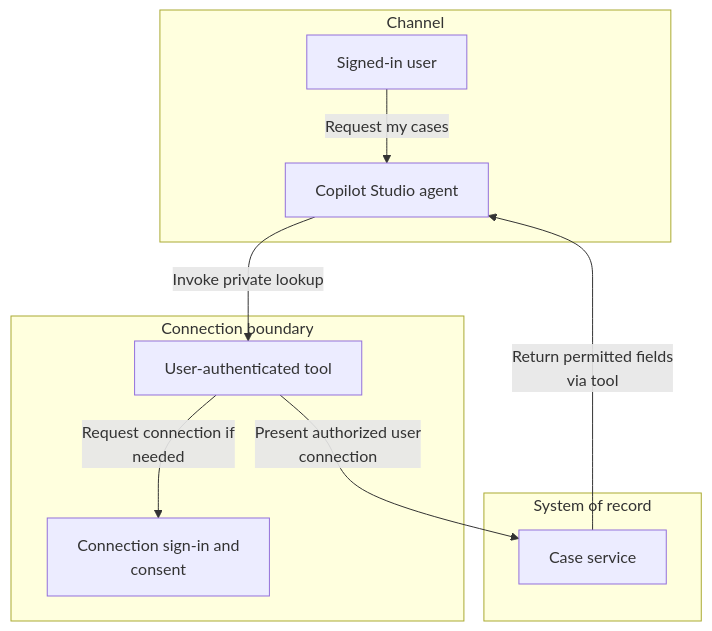
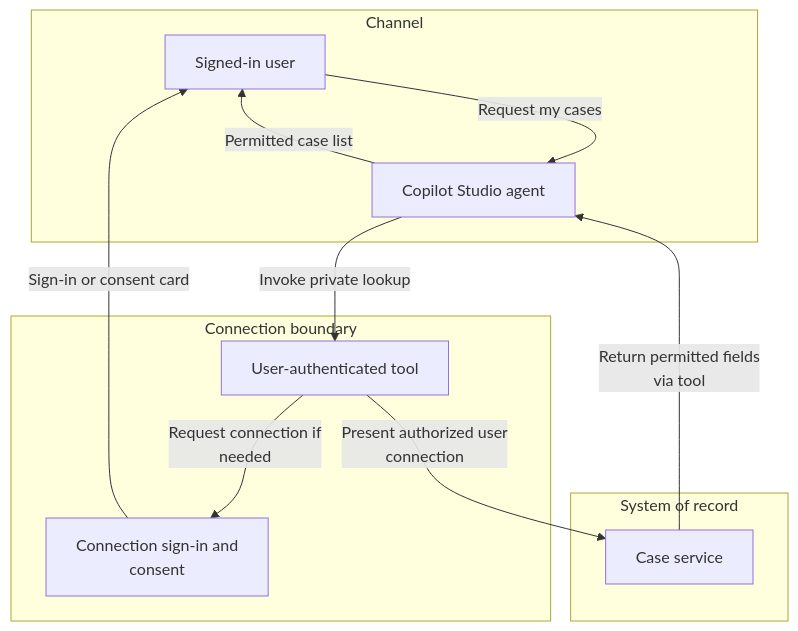
Before and after one commit to abhishek-ai-enabler/copilotstudio-architecture-patterns: the first of 2 diagrams in technical-patterns/tool-identity.md, drawn with Mermaid. The commit also changed other lines of this file and 41 other files, not shown here.

First line of the commit message:
Review diagrams: add return paths and fix flow accuracy

````diff
--- a/technical-patterns/tool-identity.md
+++ b/technical-patterns/tool-identity.md
@@ -7,21 +7,23 @@
 ```mermaid
 flowchart TB
     accTitle: Carry the user's authority to a downstream tool - architecture
     accDescr: Agent sign-in and downstream authorization are different checks. Approve a private tool only if the service receives the intended identity and enforces record access.
     subgraph group0["Channel"]
         U["Signed-in user"]
         A["Copilot Studio agent"]
     end
     subgraph group2["Connection boundary"]
         C["User-authenticated tool"]
         I["Connection sign-in and<br/>consent"]
     end
     subgraph group4["System of record"]
         S["Case service"]
     end
     U -->|"Request my cases"| A
     A -->|"Invoke private lookup"| C
     C -->|"Request connection if<br/>needed"| I
     C -->|"Present authorized user<br/>connection"| S
     S -->|"Return permitted fields<br/>via tool"| A
+    I -->|"Sign-in or consent card"| U
+    A -->|"Permitted case list"| U
 ```
````
